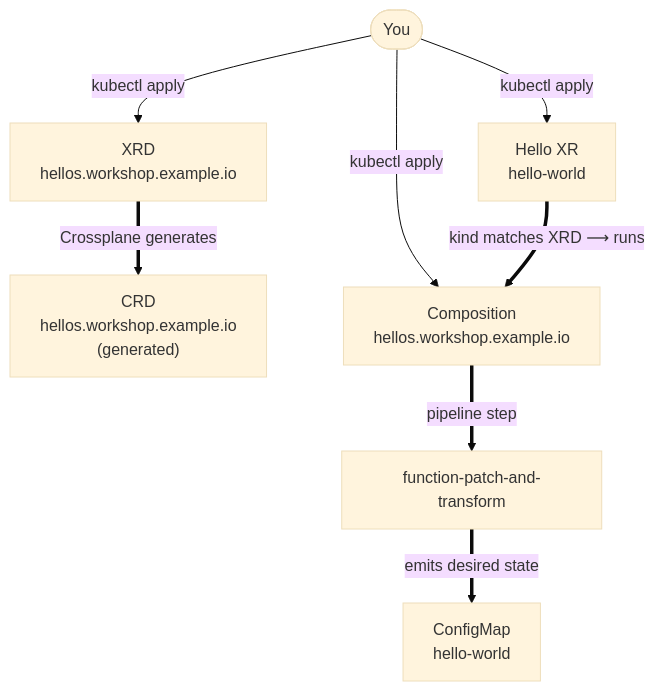
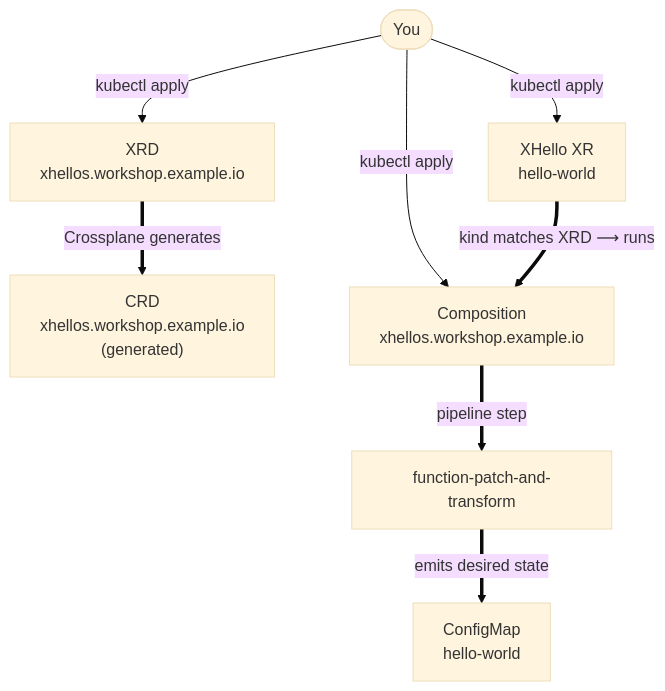
One commit to ricCap/crossplane-workshop changed the diagram in docs/docs/04-crossplane-101/02-first-composition.mdx. Above: the diagram before and after it, drawn with Mermaid (base theme). The commit also changed other lines of this file and 15 other files, not shown here.

````diff
--- a/docs/docs/04-crossplane-101/02-first-composition.mdx
+++ b/docs/docs/04-crossplane-101/02-first-composition.mdx
@@ -25,18 +25,18 @@
 ```mermaid
 flowchart TB
   user(["You"])
-  xrd["XRD<br/>hellos.workshop.example.io"]
-  crd["CRD<br/>hellos.workshop.example.io<br/>(generated)"]
-  comp["Composition<br/>hellos.workshop.example.io"]
+  xrd["XRD<br/>xhellos.workshop.example.io"]
+  crd["CRD<br/>xhellos.workshop.example.io<br/>(generated)"]
+  comp["Composition<br/>xhellos.workshop.example.io"]
   fn["function-patch-and-transform"]
-  xr["Hello XR<br/>hello-world"]
+  xr["XHello XR<br/>hello-world"]
   cm["ConfigMap<br/>hello-world"]
 
   user -- "kubectl apply" --> xrd
   xrd == "Crossplane generates" ==> crd
   user -- "kubectl apply" --> comp
   user -- "kubectl apply" --> xr
   xr == "kind matches XRD ⟶ runs" ==> comp
   comp == "pipeline step" ==> fn
   fn == "emits desired state" ==> cm
 ```
````
